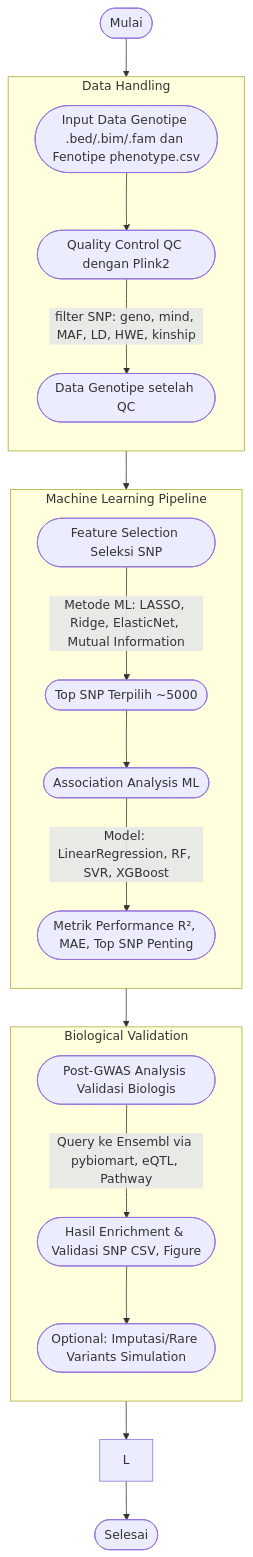
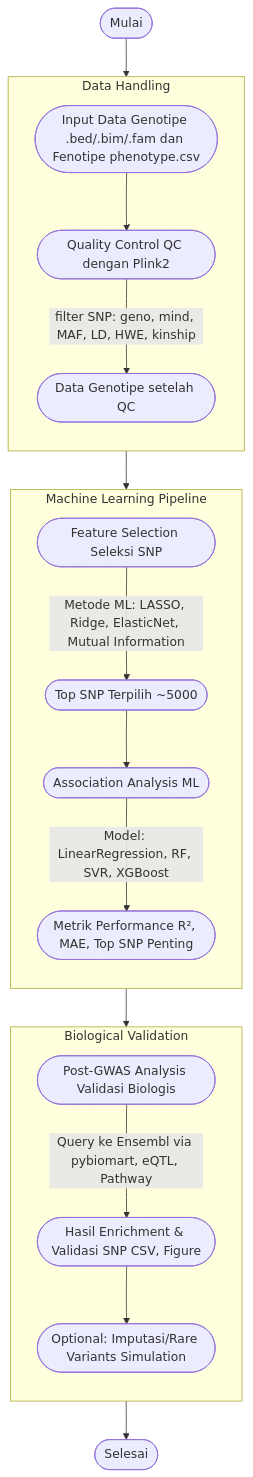
Before and after one commit to sahidb/gwasml: the diagram in README.md, drawn with Mermaid.

Commit message:
fixing mermaid chart

````diff
--- a/README.md
+++ b/README.md
@@ -100,40 +100,39 @@
 ```mermaid
 flowchart TD
     %% Proses utama tetap berjalan kiri ke kanan
     A([Mulai]) --> B
     B --> C
     C -->|filter SNP: geno, mind, MAF, LD, HWE, kinship| D
     D --> E
     E -->|Metode ML: LASSO, Ridge, ElasticNet, Mutual Information| F
     F --> G
     G -->|Model: LinearRegression, RF, SVR, XGBoost| H
     H --> I
     I -->|Query ke Ensembl via pybiomart, eQTL, Pathway| J
     J --> K
-    K --> L
-    L --> M([Selesai])
+    K --> M([Selesai])
 
     %% Subgraph akan tersusun horizontal (kiri ke kanan)
     subgraph Data_Handling [Data Handling]
         direction TB
         B([Input Data Genotipe .bed/.bim/.fam dan Fenotipe phenotype.csv])
         C([Quality Control QC dengan Plink2])
         D([Data Genotipe setelah QC])
     end
 
     subgraph Machine_Learning_Pipeline [Machine Learning Pipeline]
         direction TB
         E([Feature Selection Seleksi SNP])
         F([Top SNP Terpilih ~5000])
         G([Association Analysis ML])
         H([Metrik Performance R², MAE, Top SNP Penting])
     end
 
     subgraph Biological_Validation [Biological Validation]
         direction TB
         I([Post-GWAS Analysis Validasi Biologis])
         J([Hasil Enrichment & Validasi SNP CSV, Figure])
         K([Optional: Imputasi/Rare Variants Simulation])
     end
 
 ```
````
